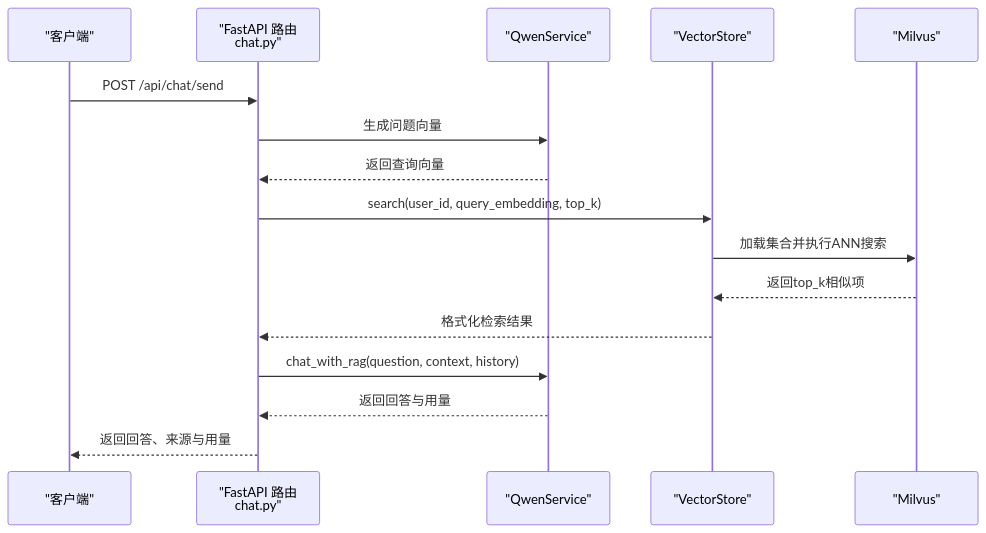
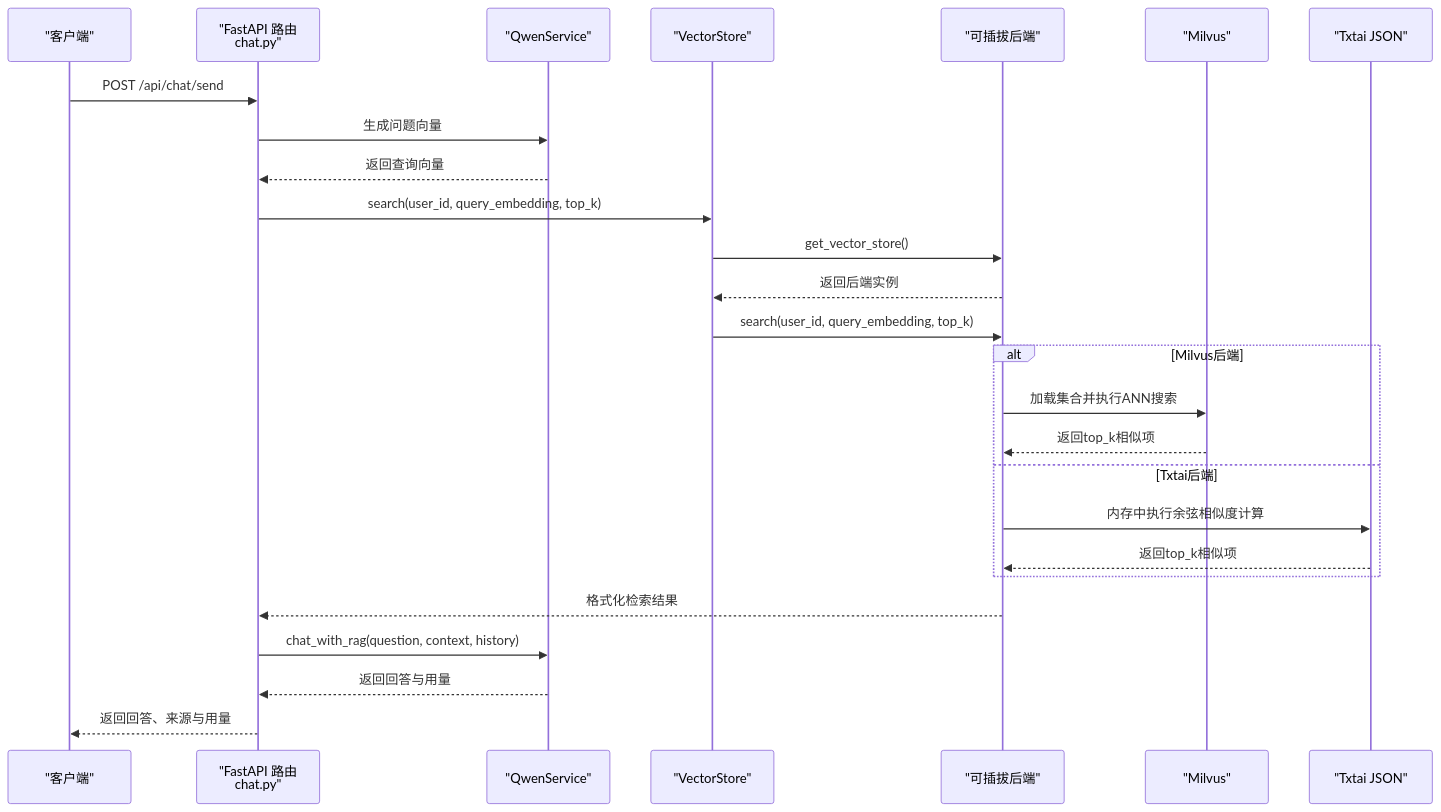
Before and after one commit to ghbbn053-ship-itsoulddog/soulddog: the second of 12 diagrams in .qoder/repowiki/zh/content/AI智能问答系统/向量数据库集成/向量数据库集成.md, drawn with Mermaid. The commit also changed other lines of this file and 119 other files, not shown here.

````diff
--- a/.qoder/repowiki/zh/content/AI智能问答系统/向量数据库集成/向量数据库集成.md
+++ b/.qoder/repowiki/zh/content/AI智能问答系统/向量数据库集成/向量数据库集成.md
@@ -114,18 +133,28 @@
 ```mermaid
 sequenceDiagram
 participant Client as "客户端"
 participant API as "FastAPI 路由<br/>chat.py"
 participant Qwen as "QwenService"
 participant VS as "VectorStore"
+participant Backend as "可插拔后端"
 participant Milvus as "Milvus"
+participant Txtai as "Txtai JSON"
 Client->>API : POST /api/chat/send
 API->>Qwen : 生成问题向量
 Qwen-->>API : 返回查询向量
 API->>VS : search(user_id, query_embedding, top_k)
-VS->>Milvus : 加载集合并执行ANN搜索
-Milvus-->>VS : 返回top_k相似项
-VS-->>API : 格式化检索结果
+VS->>Backend : get_vector_store()
+Backend-->>VS : 返回后端实例
+VS->>Backend : search(user_id, query_embedding, top_k)
+alt Milvus后端
+Backend->>Milvus : 加载集合并执行ANN搜索
+Milvus-->>Backend : 返回top_k相似项
+else Txtai后端
+Backend->>Txtai : 内存中执行余弦相似度计算
+Txtai-->>Backend : 返回top_k相似项
+end
+Backend-->>API : 格式化检索结果
 API->>Qwen : chat_with_rag(question, context, history)
 Qwen-->>API : 返回回答与用量
 API-->>Client : 返回回答、来源与用量
 ```
````
